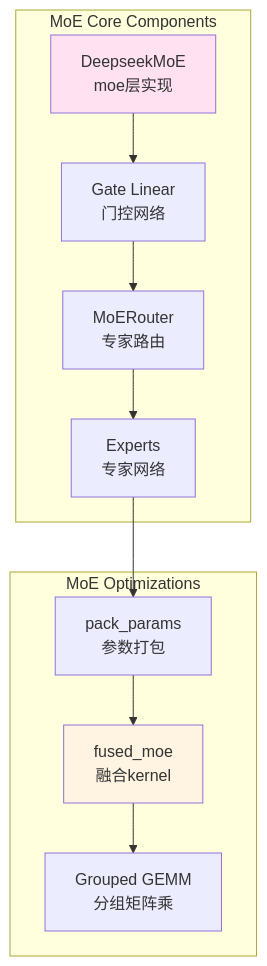
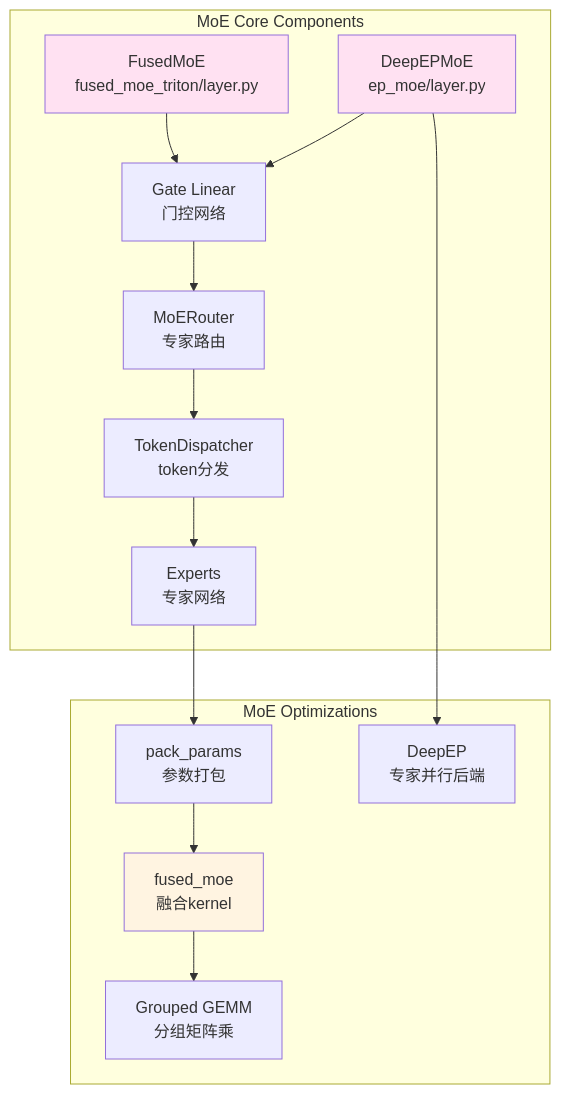
Before and after one commit to caitengwei/sglang: the tenth of 14 diagrams in docs/analysis/arch.md, drawn with Mermaid. The commit also changed other lines of this file, not shown here.

````diff
--- a/docs/analysis/arch.md
+++ b/docs/analysis/arch.md
@@ -927,25 +978,32 @@
 ```mermaid
 graph TB
     subgraph "MoE Core Components"
-        MoE["DeepseekMoE<br/>moe层实现"]
+        DeepEPMoE["DeepEPMoE<br/>ep_moe/layer.py"]
+        FusedMoE["FusedMoE<br/>fused_moe_triton/layer.py"]
         Router["MoERouter<br/>专家路由"]
         Experts["Experts<br/>专家网络"]
         Gate["Gate Linear<br/>门控网络"]
+        TokenDispatcher["TokenDispatcher<br/>token分发"]
     end
 
     subgraph "MoE Optimizations"
         PackParams["pack_params<br/>参数打包"]
-        FusedMoE["fused_moe<br/>融合kernel"]
+        FusedMoEKernel["fused_moe<br/>融合kernel"]
+        DeepEPBackend["DeepEP<br/>专家并行后端"]
         GroupedGEMM["Grouped GEMM<br/>分组矩阵乘"]
     end
 
-    MoE --> Gate
+    DeepEPMoE --> Gate
+    FusedMoE --> Gate
     Gate --> Router
-    Router --> Experts
+    Router --> TokenDispatcher
+    TokenDispatcher --> Experts
     Experts --> PackParams
-    PackParams --> FusedMoE
-    FusedMoE --> GroupedGEMM
+    PackParams --> FusedMoEKernel
+    DeepEPMoE --> DeepEPBackend
+    FusedMoEKernel --> GroupedGEMM
 
-    style MoE fill:#ffe1f2
-    style FusedMoE fill:#fff4e1
+    style DeepEPMoE fill:#ffe1f2
+    style FusedMoE fill:#ffe1f2
+    style FusedMoEKernel fill:#fff4e1
 ```
````
